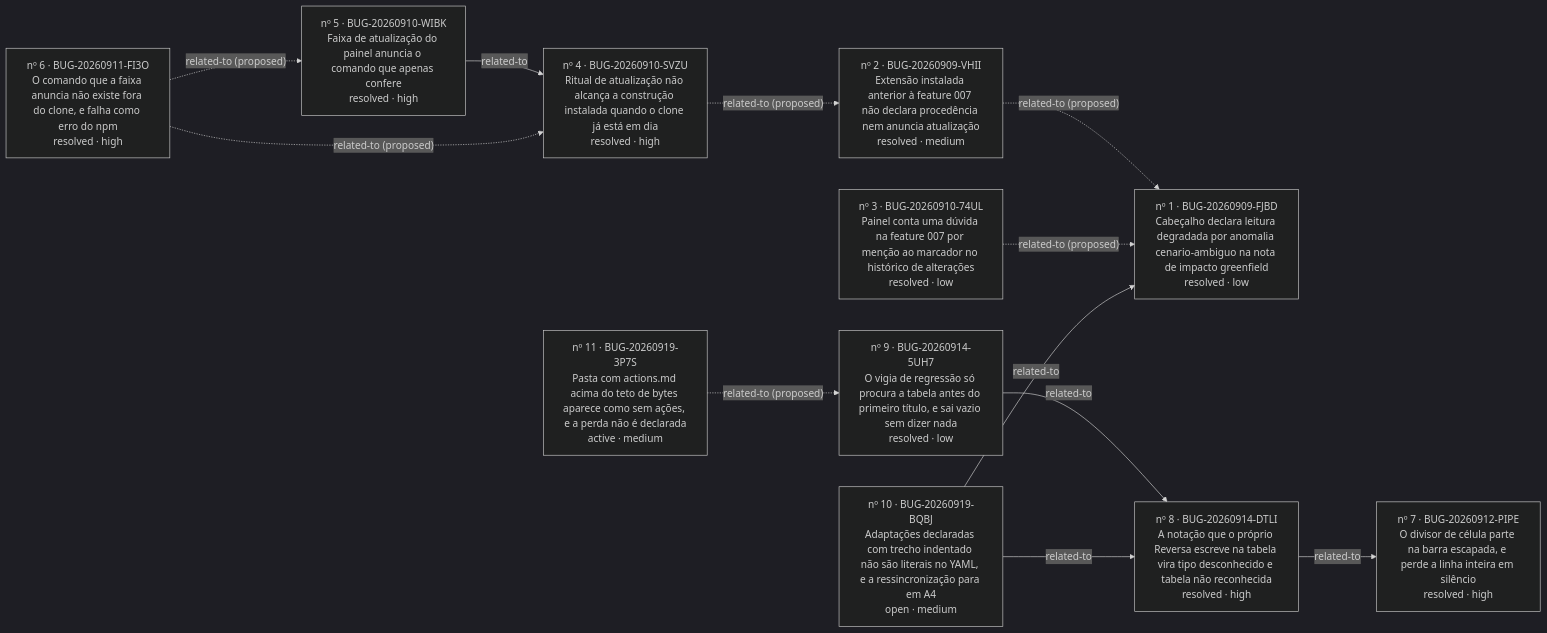
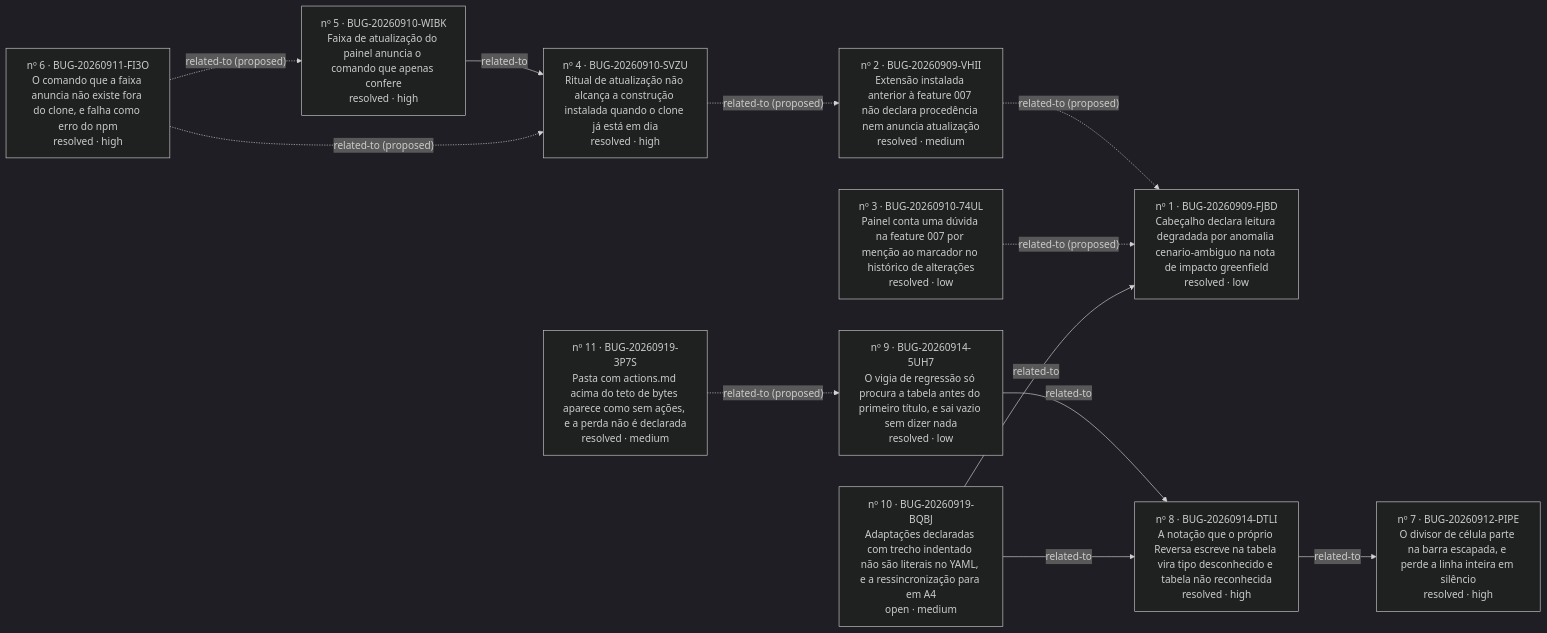
Before and after one commit to iago-leal/reversa-views: the diagram in _reversa_bugs/painel-do-processo/generated/graph.md, drawn with Mermaid (dark theme). The commit also changed other lines of this file and 8 other files, not shown here.

````diff
--- a/_reversa_bugs/painel-do-processo/generated/graph.md
+++ b/_reversa_bugs/painel-do-processo/generated/graph.md
@@ -4,25 +4,25 @@
 ```mermaid
 graph LR
   BUG_20260909_FJBD["nº 1 · BUG-20260909-FJBD<br/>Cabeçalho declara leitura degradada por anomalia cenario-ambiguo na nota de impacto greenfield<br/>resolved · low"]
   BUG_20260909_VHII["nº 2 · BUG-20260909-VHII<br/>Extensão instalada anterior à feature 007 não declara procedência nem anuncia atualização<br/>resolved · medium"]
   BUG_20260910_74UL["nº 3 · BUG-20260910-74UL<br/>Painel conta uma dúvida na feature 007 por menção ao marcador no histórico de alterações<br/>resolved · low"]
   BUG_20260910_SVZU["nº 4 · BUG-20260910-SVZU<br/>Ritual de atualização não alcança a construção instalada quando o clone já está em dia<br/>resolved · high"]
   BUG_20260910_WIBK["nº 5 · BUG-20260910-WIBK<br/>Faixa de atualização do painel anuncia o comando que apenas confere<br/>resolved · high"]
   BUG_20260911_FI3O["nº 6 · BUG-20260911-FI3O<br/>O comando que a faixa anuncia não existe fora do clone, e falha como erro do npm<br/>resolved · high"]
   BUG_20260912_PIPE["nº 7 · BUG-20260912-PIPE<br/>O divisor de célula parte na barra escapada, e perde a linha inteira em silêncio<br/>resolved · high"]
   BUG_20260914_5UH7["nº 9 · BUG-20260914-5UH7<br/>O vigia de regressão só procura a tabela antes do primeiro título, e sai vazio sem dizer nada<br/>resolved · low"]
   BUG_20260914_DTLI["nº 8 · BUG-20260914-DTLI<br/>A notação que o próprio Reversa escreve na tabela vira tipo desconhecido e tabela não reconhecida<br/>resolved · high"]
-  BUG_20260919_3P7S["nº 11 · BUG-20260919-3P7S<br/>Pasta com actions.md acima do teto de bytes aparece como sem ações, e a perda não é declarada<br/>active · medium"]
+  BUG_20260919_3P7S["nº 11 · BUG-20260919-3P7S<br/>Pasta com actions.md acima do teto de bytes aparece como sem ações, e a perda não é declarada<br/>resolved · medium"]
   BUG_20260919_BQBJ["nº 10 · BUG-20260919-BQBJ<br/>Adaptações declaradas com trecho indentado não são literais no YAML, e a ressincronização para em A4<br/>open · medium"]
   BUG_20260909_VHII -. related-to (proposed) .-> BUG_20260909_FJBD
   BUG_20260910_74UL -. related-to (proposed) .-> BUG_20260909_FJBD
   BUG_20260910_SVZU -. related-to (proposed) .-> BUG_20260909_VHII
   BUG_20260910_WIBK -- related-to --> BUG_20260910_SVZU
   BUG_20260911_FI3O -. related-to (proposed) .-> BUG_20260910_WIBK
   BUG_20260911_FI3O -. related-to (proposed) .-> BUG_20260910_SVZU
   BUG_20260914_5UH7 -- related-to --> BUG_20260914_DTLI
   BUG_20260914_DTLI -- related-to --> BUG_20260912_PIPE
   BUG_20260919_3P7S -. related-to (proposed) .-> BUG_20260914_5UH7
   BUG_20260919_BQBJ -- related-to --> BUG_20260909_FJBD
   BUG_20260919_BQBJ -- related-to --> BUG_20260914_DTLI
 ```
````
